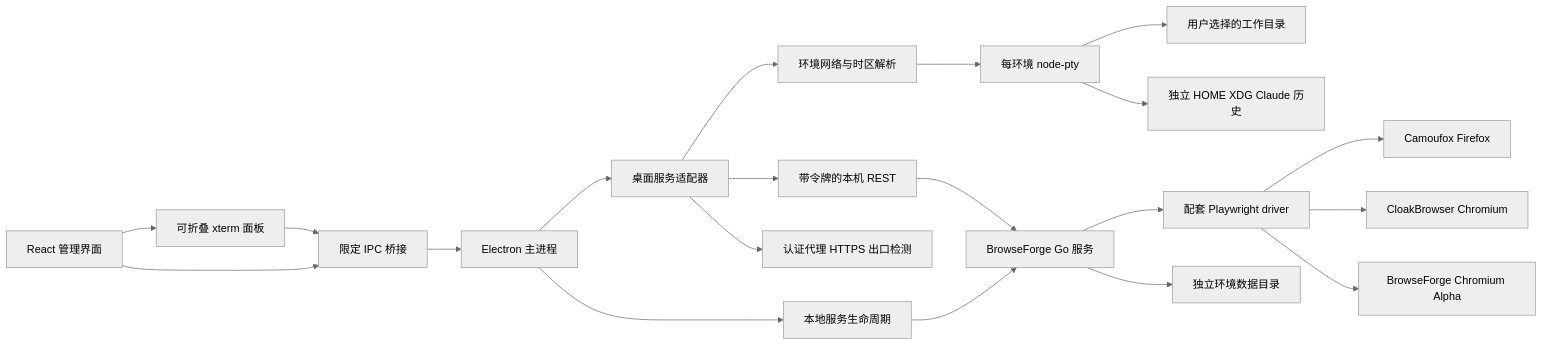
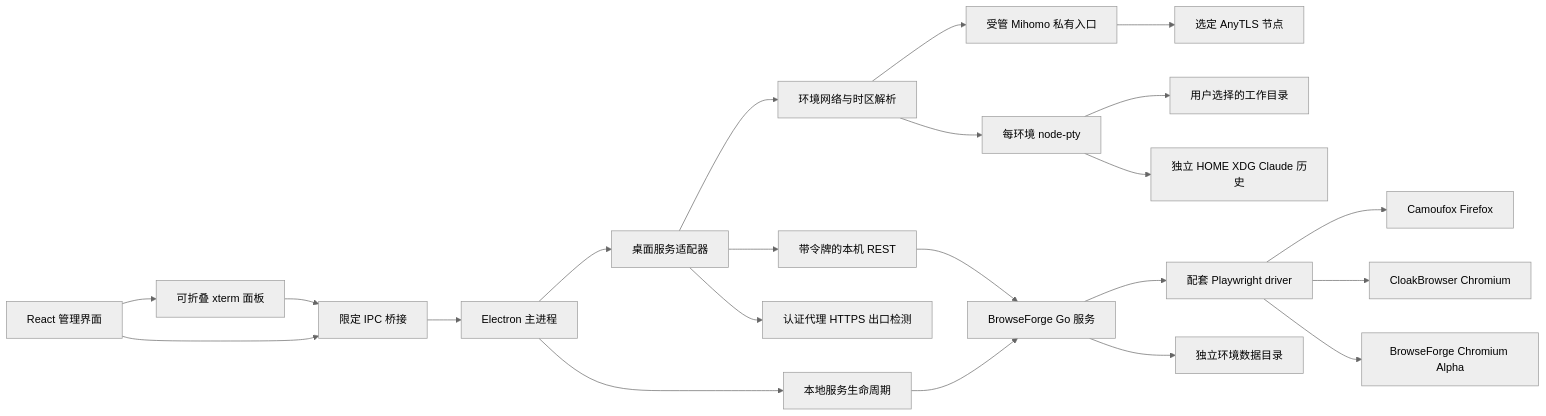
The diagram in docs/architecture.md (ink-scholar/Envara), drawn with Mermaid (neutral theme) before and after one commit. The commit also changed other lines of this file and 33 other files, not shown here.

Commit message:
feat: add bundled AnyTLS routing and macOS TUN compatibility

```diff
--- a/docs/architecture.md
+++ b/docs/architecture.md
@@ -5,22 +5,24 @@
 ~~~mermaid
 flowchart LR
   UI[React 管理界面] --> Bridge[限定 IPC 桥接]
   Bridge --> Main[Electron 主进程]
   Main --> Adapter[桌面服务适配器]
   Main --> Manager[本地服务生命周期]
   Adapter --> Client[带令牌的本机 REST]
   Adapter --> Network[认证代理 HTTPS 出口检测]
   Adapter --> Context[环境网络与时区解析]
+  Context --> ProxyCore[受管 Mihomo 私有入口]
+  ProxyCore --> AnyTLS[选定 AnyTLS 节点]
   Context --> Terminal[每环境 node-pty]
   UI --> Xterm[可折叠 xterm 面板]
   Xterm --> Bridge
   Terminal --> CWD[用户选择的工作目录]
   Terminal --> Config[独立 HOME XDG Claude 历史]
   Manager --> Sidecar[BrowseForge Go 服务]
   Client --> Sidecar
   Sidecar --> Driver[配套 Playwright driver]
   Driver --> Firefox[Camoufox Firefox]
   Driver --> Cloak[CloakBrowser Chromium]
   Driver --> Alpha[BrowseForge Chromium Alpha]
   Sidecar --> Profiles[独立环境数据目录]
 ~~~
```
